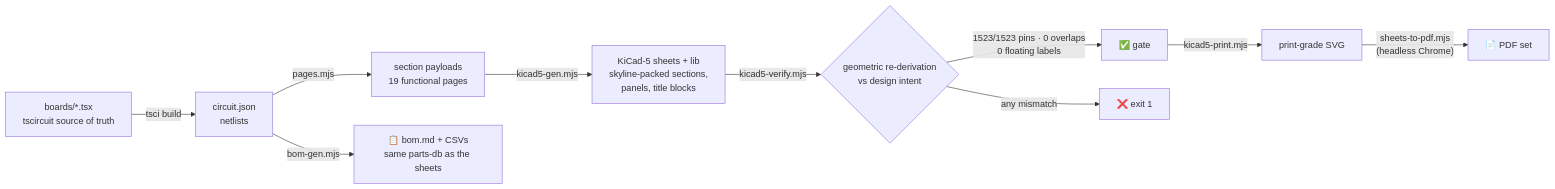
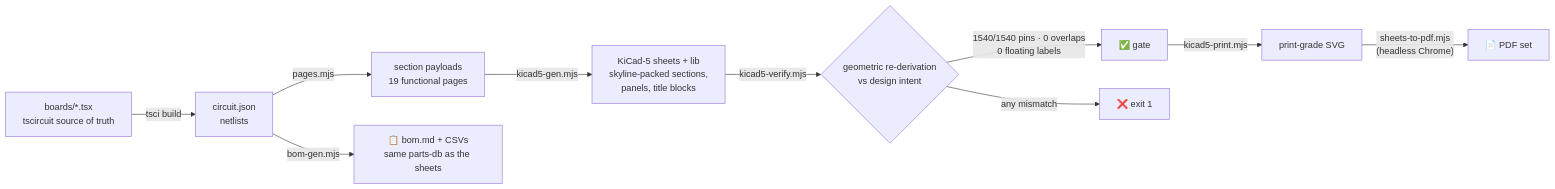
The eighth of 9 diagrams in README.md (vectivolt/Traction-Inverter-GEN-1), drawn with Mermaid before and after one commit. The commit also changed other lines of this file and 61 other files, not shown here.

````diff
--- a/README.md
+++ b/README.md
@@ -410,12 +412,12 @@
 ```mermaid
 flowchart LR
   TSX["boards/*.tsx<br/>tscircuit source of truth"] -->|tsci build| CJ["circuit.json<br/>netlists"]
   CJ -->|pages.mjs| PG["section payloads<br/>19 functional pages"]
   PG -->|kicad5-gen.mjs| SCH["KiCad-5 sheets + lib<br/>skyline-packed sections,<br/>panels, title blocks"]
   SCH -->|kicad5-verify.mjs| V{"geometric re-derivation<br/>vs design intent"}
-  V -->|"1523/1523 pins · 0 overlaps<br/>0 floating labels"| OK["✅ gate"]
+  V -->|"1540/1540 pins · 0 overlaps<br/>0 floating labels"| OK["✅ gate"]
   V -->|any mismatch| FAIL["❌ exit 1"]
   OK -->|kicad5-print.mjs| SVG["print-grade SVG"]
   SVG -->|"sheets-to-pdf.mjs<br/>(headless Chrome)"| PDF["📄 PDF set"]
   CJ -->|bom-gen.mjs| BOM["📋 bom.md + CSVs<br/>same parts-db as the sheets"]
 ```
````
